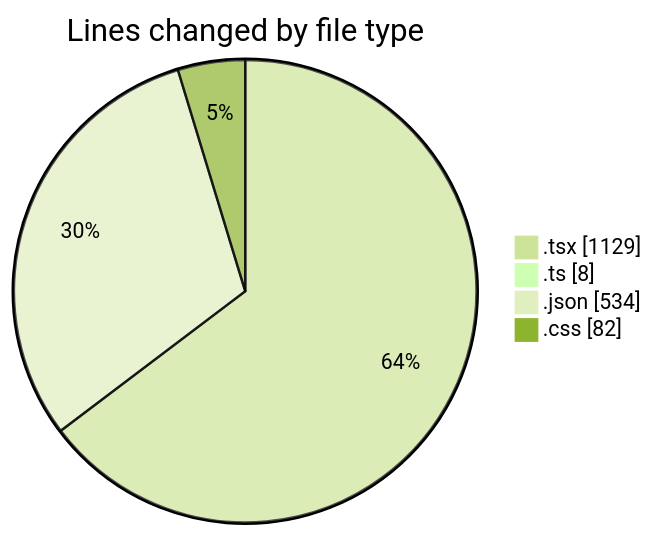
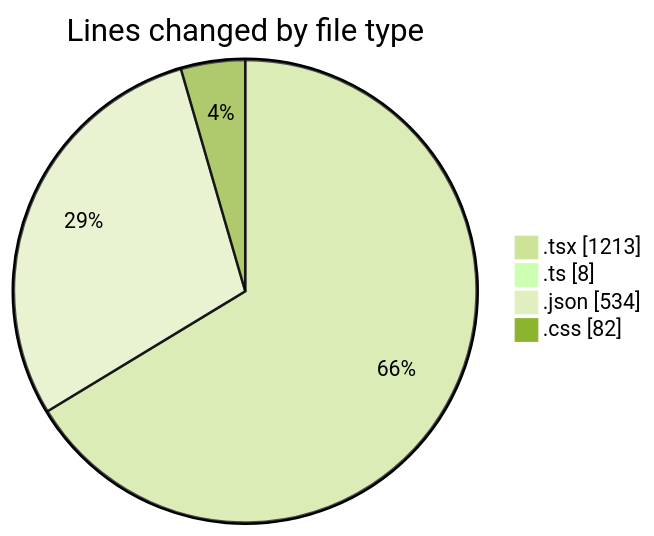
Before and after one commit to EIIisD/code-tracking: the first of 2 diagrams in 2025-08-02/tw-server/README.md, drawn with Mermaid (forest theme). The commit also changed other lines of this file and 1 other file, not shown here.

````diff
--- a/2025-08-02/tw-server/README.md
+++ b/2025-08-02/tw-server/README.md
@@ -25,8 +25,8 @@
 ```mermaid
 pie showData
 title Lines changed by file type
-".tsx" : 1129
+".tsx" : 1213
 ".ts" : 8
 ".json" : 534
 ".css" : 82
 ```
````
